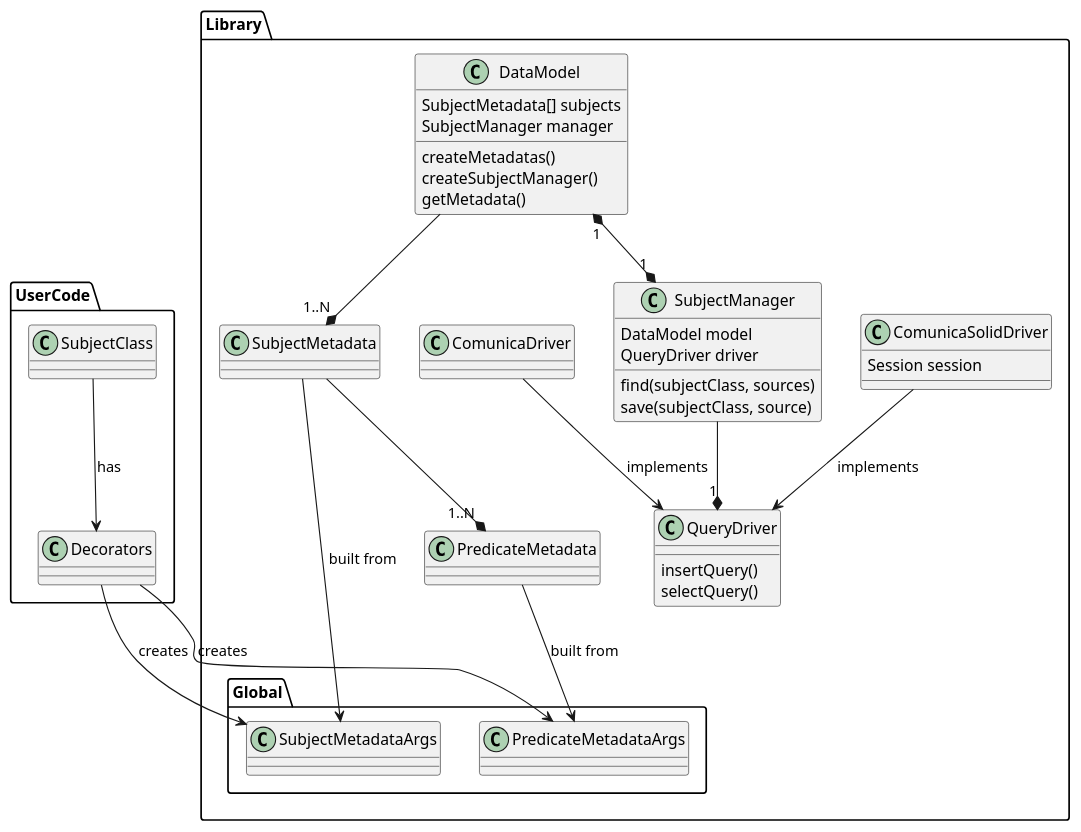
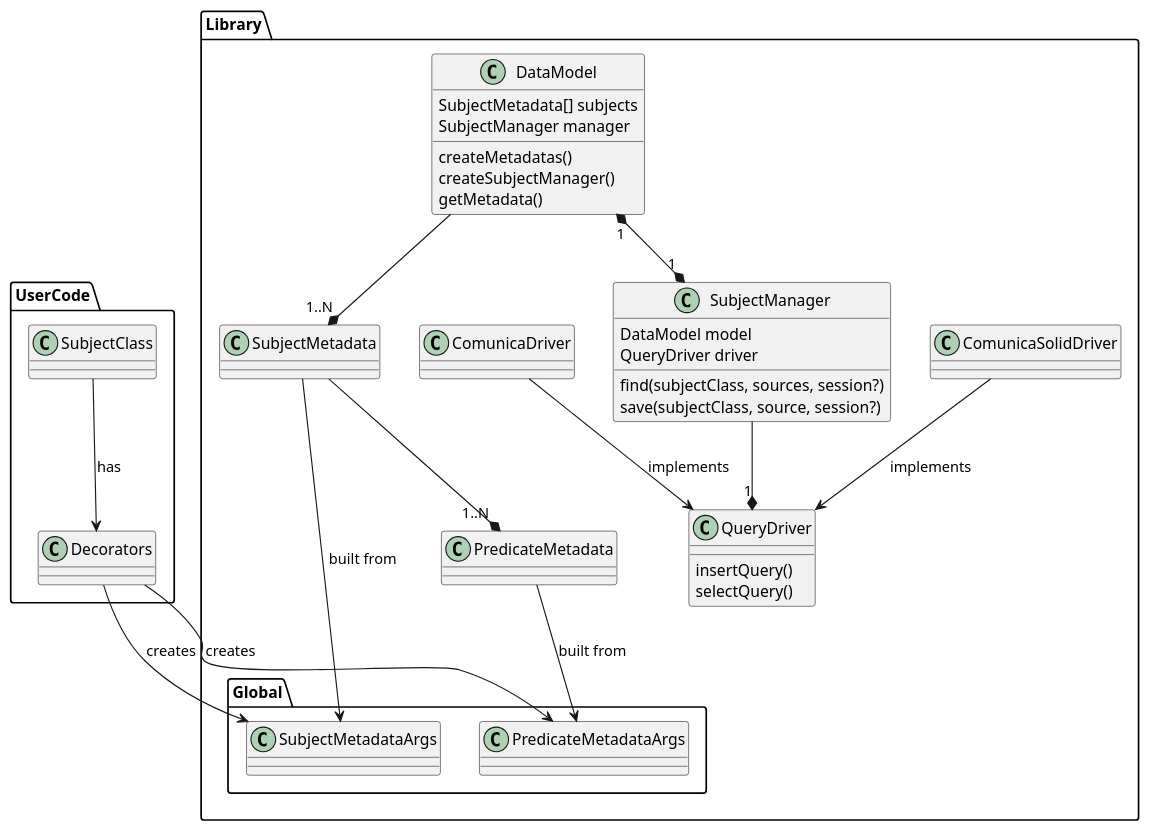
The diagram in doc/uml.puml (remodietlicher/graphorm), drawn with PlantUML before and after one commit.

Commit message:
provide session with every query?

```diff
--- a/doc/uml.puml
+++ b/doc/uml.puml
@@ -1,56 +1,54 @@
 @startuml sparql-orm
 
 namespace Library {
 
     class QueryDriver {
         insertQuery()
         selectQuery()
     }
     class ComunicaDriver
-    class ComunicaSolidDriver {
-        Session session
-    }
+    class ComunicaSolidDriver
 
     class DataModel {
         SubjectMetadata[] subjects
         SubjectManager manager
         createMetadatas()
         createSubjectManager()
         getMetadata()
     }
     class SubjectManager {
         DataModel model
         QueryDriver driver
-        find(subjectClass, sources)
-        save(subjectClass, source)
+        find(subjectClass, sources, session?)
+        save(subjectClass, source, session?)
     }
     class SubjectMetadata
     class PredicateMetadata
 
     namespace Global {
         class SubjectMetadataArgs
         class PredicateMetadataArgs
     }
 }
 
 namespace UserCode {
     class Decorators
     class SubjectClass
 }
 
 Library.ComunicaSolidDriver --> Library.QueryDriver: implements
 Library.ComunicaDriver --> Library.QueryDriver: implements
 
 Library.DataModel --* "1..N" Library.SubjectMetadata
 Library.DataModel "1" *--* "1" Library.SubjectManager
 Library.SubjectManager --* "1" Library.QueryDriver
 
 Library.SubjectMetadata --> Library.Global.SubjectMetadataArgs: built from
 Library.SubjectMetadata --* "1..N" Library.PredicateMetadata
 
 Library.PredicateMetadata --> Library.Global.PredicateMetadataArgs: built from
 
 UserCode.SubjectClass --> UserCode.Decorators: has
 UserCode.Decorators --> Library.Global.SubjectMetadataArgs: creates
 UserCode.Decorators --> Library.Global.PredicateMetadataArgs: creates
 @enduml
```
